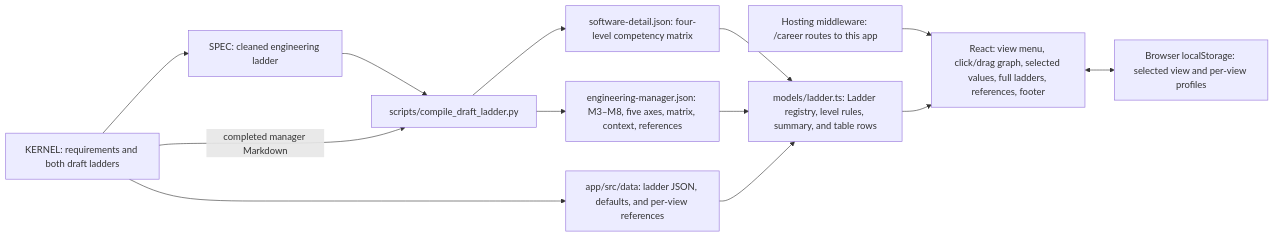
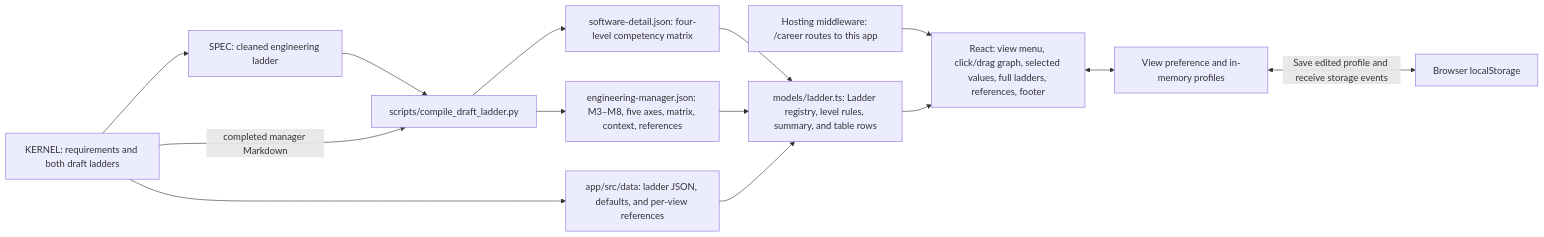
Before and after one commit to johnpfeiffer/career: the first of 2 diagrams in architecture.md, drawn with Mermaid. The commit also changed other lines of this file and 8 other files, not shown here.

````diff
--- a/architecture.md
+++ b/architecture.md
@@ -7,15 +7,16 @@
 ```mermaid
 flowchart LR
     K["KERNEL: requirements and both draft ladders"] --> M["SPEC: cleaned engineering ladder"]
     M --> C["scripts/compile_draft_ladder.py"]
     K -->|"completed manager Markdown"| C
     C --> D["software-detail.json: four-level competency matrix"]
     C --> E["engineering-manager.json: M3–M8, five axes, matrix, context, references"]
     K --> J["app/src/data: ladder JSON, defaults, and per-view references"]
     D --> L["models/ladder.ts: Ladder registry, level rules, summary, and table rows"]
     E --> L
     J --> L
     W["Hosting middleware: /career routes to this app"] --> V
     L --> V["React: view menu, click/drag graph, selected values, full ladders, references, footer"]
-    V <--> S["Browser localStorage: selected view and per-view profiles"]
+    V <--> P["View preference and in-memory profiles"]
+    P <-->|"Save edited profile and receive storage events"| S["Browser localStorage"]
 ```
````
